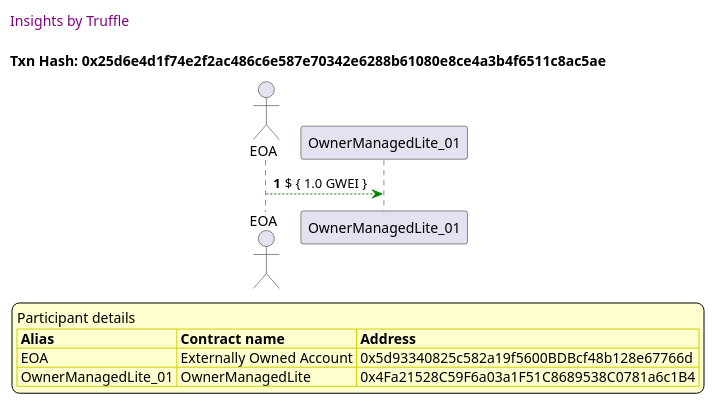
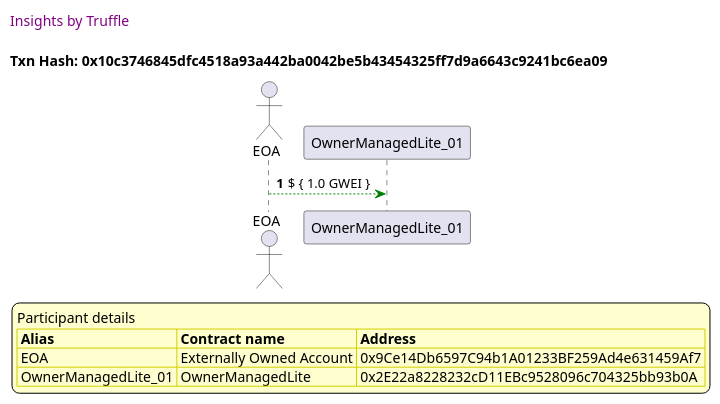
Before and after one commit to thedarkjester/ConsensysAssignment: the seventh of 53 diagrams in truffle-seq/OwnerManagedLite_test_withdraw_and_fallback.md, drawn with PlantUML. The commit also changed other lines of this file and 13 other files, not shown here.

````diff
--- a/truffle-seq/OwnerManagedLite_test_withdraw_and_fallback.md
+++ b/truffle-seq/OwnerManagedLite_test_withdraw_and_fallback.md
@@ -282,36 +282,36 @@
 ```plantuml
 
 
 @startuml
 
 autonumber
 skinparam legendBackgroundColor #FEFECE
 
 <style>
       header {
         HorizontalAlignment left
         FontColor purple
         FontSize 14
         Padding 10
       }
     </style>
 
 header Insights by Truffle
 
-title Txn Hash: 0x25d6e4d1f74e2f2ac486c6e587e70342e6288b61080e8ce4a3b4f6511c8ac5ae
+title Txn Hash: 0x10c3746845dfc4518a93a442ba0042be5b43454325ff7d9a6643c9241bc6ea09
 
 
 actor EOA as "EOA"
 participant OwnerManagedLite_01 as "OwnerManagedLite_01"
 
 "EOA" -[#green]-> "OwnerManagedLite_01" : $ { 1.0 GWEI }
 
 legend
 Participant details
 <#FEFECE,#D0D000>|= Alias |= Contract name |= Address |
-<#FEFECE>| EOA | Externally Owned Account | 0x5d93340825c582a19f5600BDBcf48b128e67766d |
-<#FEFECE>| OwnerManagedLite_01 | OwnerManagedLite | 0x4Fa21528C59F6a03a1F51C8689538C0781a6c1B4 |
+<#FEFECE>| EOA | Externally Owned Account | 0x9Ce14Db6597C94b1A01233BF259Ad4e631459Af7 |
+<#FEFECE>| OwnerManagedLite_01 | OwnerManagedLite | 0x2E22a8228232cD11EBc9528096c704325bb93b0A |
 endlegend
 
 @enduml
 ```
````
